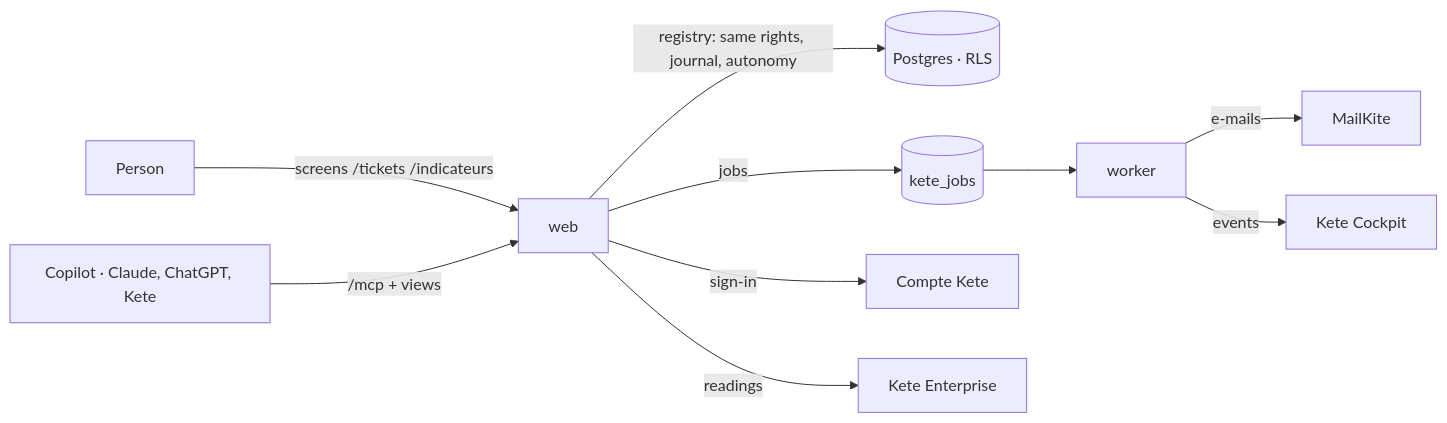
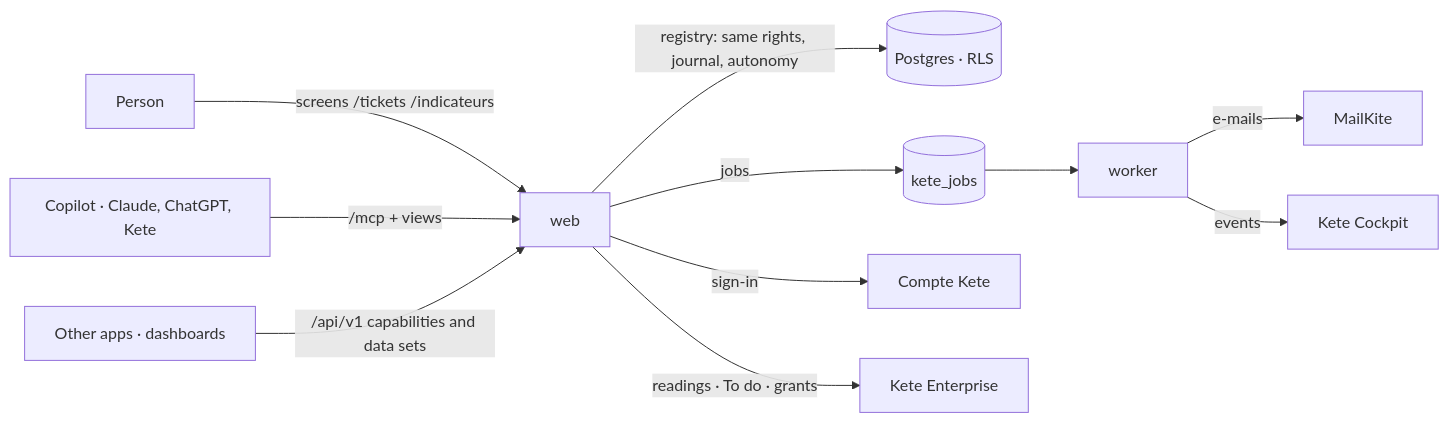
Before and after one commit to kete-africa/kete-helpdesk: the diagram in README.md, drawn with Mermaid. The commit also changed other lines of this file and 27 other files, not shown here.

First line of the commit message:
feat: Support's permissions granted in Kete Enterprise, its API and data set, every mode

````diff
--- a/README.md
+++ b/README.md
@@ -13,11 +13,12 @@
 ```mermaid
 flowchart LR
   P[Person] -->|screens /tickets /indicateurs| W[web]
   C[Copilot · Claude, ChatGPT, Kete] -->|/mcp + views| W
   W -->|registry: same rights, journal, autonomy| DB[(Postgres · RLS)]
   W -->|jobs| Q[(kete_jobs)]
   Q --> K[worker] -->|e-mails| M[MailKite]
   K -->|events| CK[Kete Cockpit]
   W -->|sign-in| A[Compte Kete]
-  W -->|readings| E[Kete Enterprise]
+  W -->|readings · To do · grants| E[Kete Enterprise]
+  O[Other apps · dashboards] -->|/api/v1 capabilities and data sets| W
 ```
````
